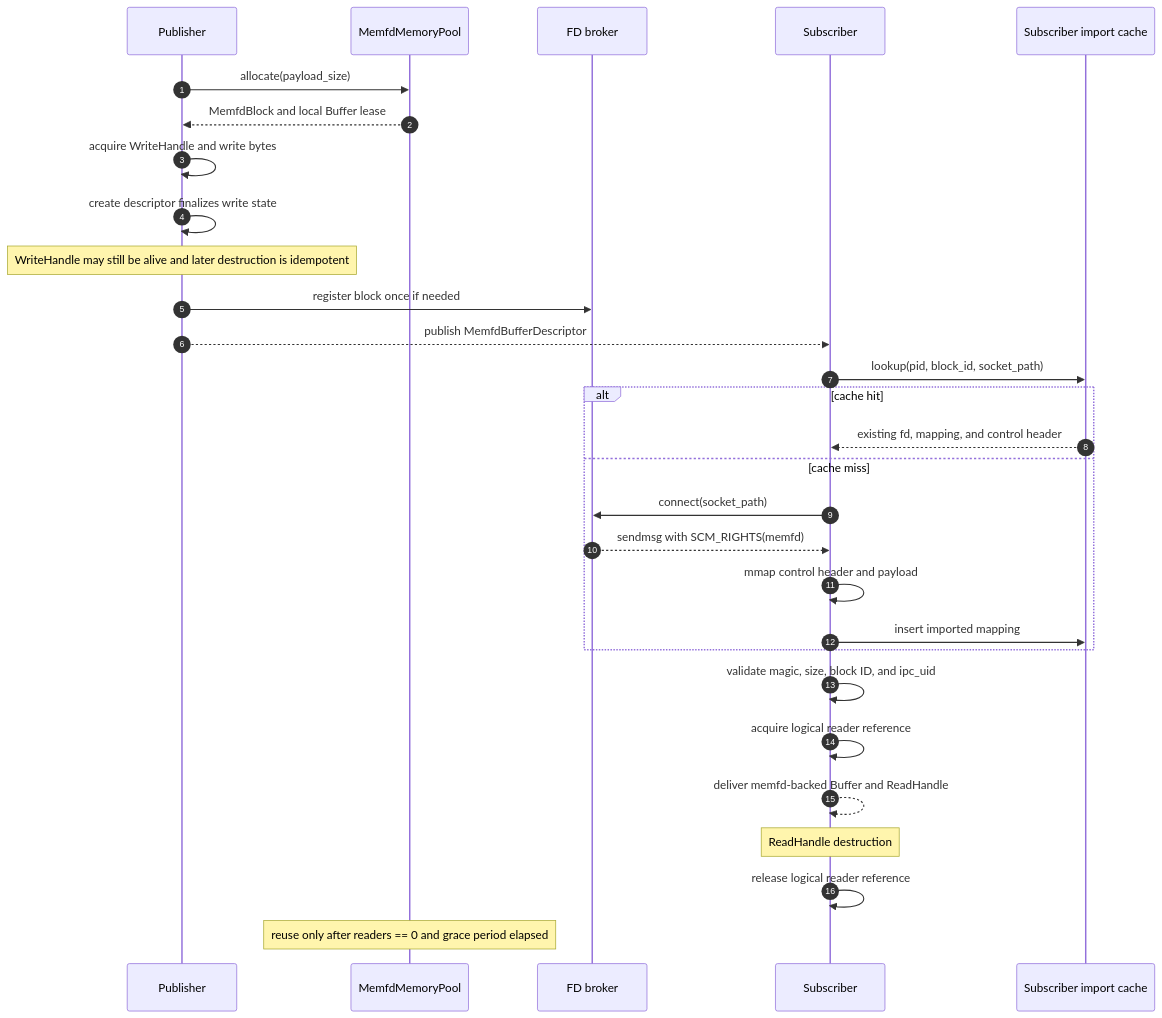
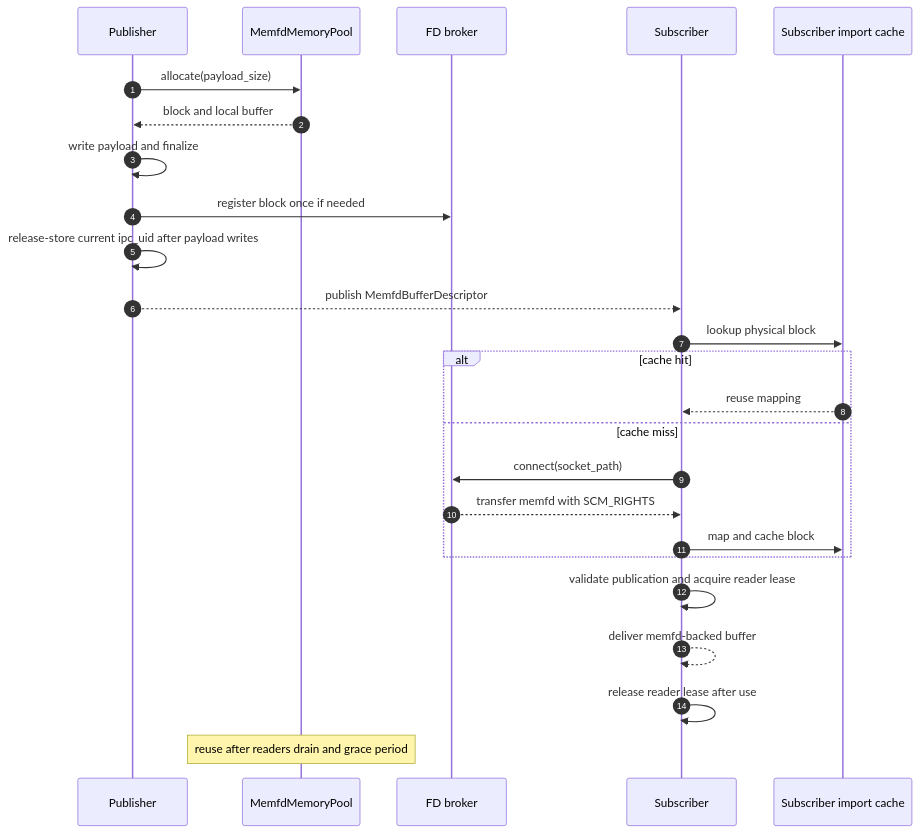
The second of 5 diagrams in docs/memfd_buffer_backend_design.md (dskkato/memfd_buffer_backend), drawn with Mermaid before and after one commit. The commit also changed other lines of this file and 25 other files, not shown here.

Commit message:
Add memfd buffer backend implementation (#1)

````diff
--- a/docs/memfd_buffer_backend_design.md
+++ b/docs/memfd_buffer_backend_design.md
@@ -69,35 +69,30 @@
 ```mermaid
 sequenceDiagram
   autonumber
   participant Pub as Publisher
   participant Pool as MemfdMemoryPool
   participant Broker as FD broker
   participant Sub as Subscriber
   participant Cache as Subscriber import cache
 
   Pub->>Pool: allocate(payload_size)
-  Pool-->>Pub: MemfdBlock and local Buffer lease
-  Pub->>Pub: acquire WriteHandle and write bytes
-  Pub->>Pub: create descriptor finalizes write state
-  Note over Pub: WriteHandle may still be alive and later destruction is idempotent
+  Pool-->>Pub: block and local buffer
+  Pub->>Pub: write payload and finalize
   Pub->>Broker: register block once if needed
+  Pub->>Pub: release-store current ipc_uid after payload writes
   Pub-->>Sub: publish MemfdBufferDescriptor
 
-  Sub->>Cache: lookup(pid, block_id, socket_path)
+  Sub->>Cache: lookup physical block
   alt cache hit
-    Cache-->>Sub: existing fd, mapping, and control header
+    Cache-->>Sub: reuse mapping
   else cache miss
     Sub->>Broker: connect(socket_path)
-    Broker-->>Sub: sendmsg with SCM_RIGHTS(memfd)
-    Sub->>Sub: mmap control header and payload
-    Sub->>Cache: insert imported mapping
+    Broker-->>Sub: transfer memfd with SCM_RIGHTS
+    Sub->>Cache: map and cache block
   end
 
-  Sub->>Sub: validate magic, size, block ID, and ipc_uid
-  Sub->>Sub: acquire logical reader reference
-  Sub-->>Sub: deliver memfd-backed Buffer and ReadHandle
-
-  Note over Sub: ReadHandle destruction
-  Sub->>Sub: release logical reader reference
-  Note over Pool: reuse only after readers == 0 and grace period elapsed
+  Sub->>Sub: validate publication and acquire reader lease
+  Sub-->>Sub: deliver memfd-backed buffer
+  Sub->>Sub: release reader lease after use
+  Note over Pool: reuse after readers drain and grace period
 ```
````
